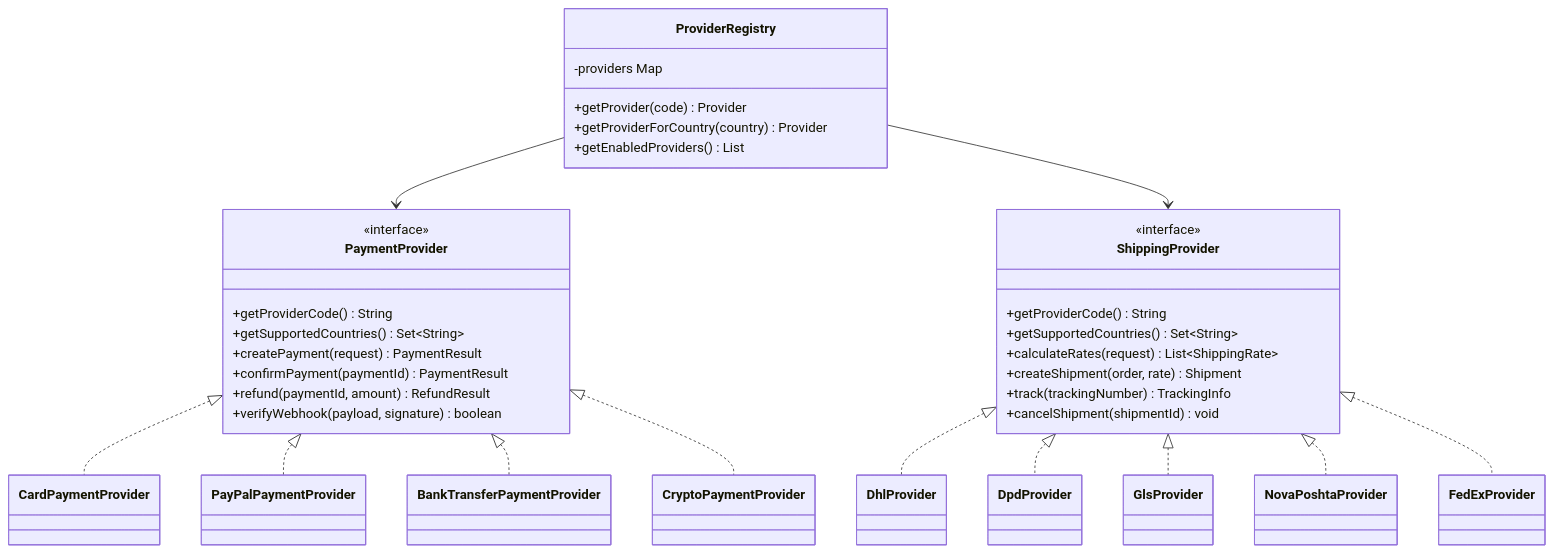
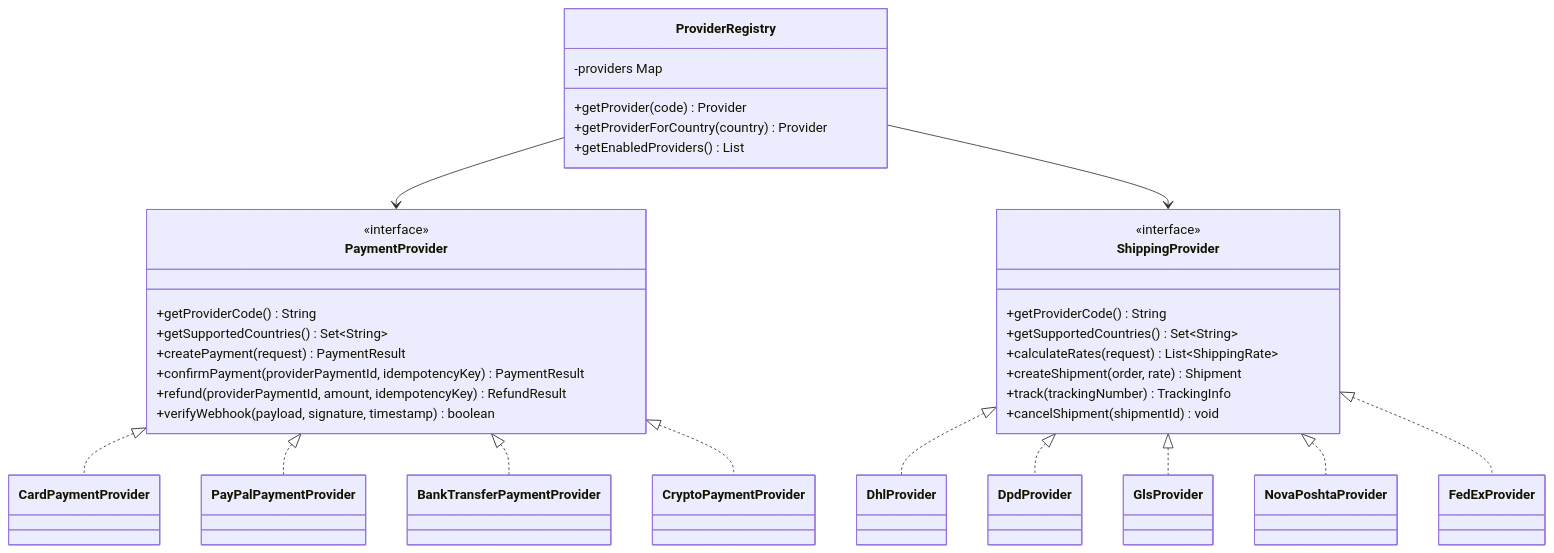
One commit to Shubchynskyi/OnlineStore changed the third of 5 diagrams in docs/architecture/overview.md. Above: the diagram before and after it, drawn with Mermaid. The commit also changed other lines of this file and 21 other files, not shown here.

Commit message:
Align payment confirm and refund mutation contract

````diff
--- a/docs/architecture/overview.md
+++ b/docs/architecture/overview.md
@@ -161,43 +161,43 @@
 ```mermaid
 classDiagram
     class PaymentProvider {
         <<interface>>
         +getProviderCode() String
         +getSupportedCountries() Set~String~
         +createPayment(request) PaymentResult
-        +confirmPayment(paymentId) PaymentResult
-        +refund(paymentId, amount) RefundResult
-        +verifyWebhook(payload, signature) boolean
+        +confirmPayment(providerPaymentId, idempotencyKey) PaymentResult
+        +refund(providerPaymentId, amount, idempotencyKey) RefundResult
+        +verifyWebhook(payload, signature, timestamp) boolean
     }
 
     class ShippingProvider {
         <<interface>>
         +getProviderCode() String
         +getSupportedCountries() Set~String~
         +calculateRates(request) List~ShippingRate~
         +createShipment(order, rate) Shipment
         +track(trackingNumber) TrackingInfo
         +cancelShipment(shipmentId) void
     }
 
     PaymentProvider <|.. CardPaymentProvider
     PaymentProvider <|.. PayPalPaymentProvider
     PaymentProvider <|.. BankTransferPaymentProvider
     PaymentProvider <|.. CryptoPaymentProvider
 
     ShippingProvider <|.. DhlProvider
     ShippingProvider <|.. DpdProvider
     ShippingProvider <|.. GlsProvider
     ShippingProvider <|.. NovaPoshtaProvider
     ShippingProvider <|.. FedExProvider
 
     class ProviderRegistry {
         -providers Map
         +getProvider(code) Provider
         +getProviderForCountry(country) Provider
         +getEnabledProviders() List
     }
 
     ProviderRegistry --> PaymentProvider
     ProviderRegistry --> ShippingProvider
 ```
````
